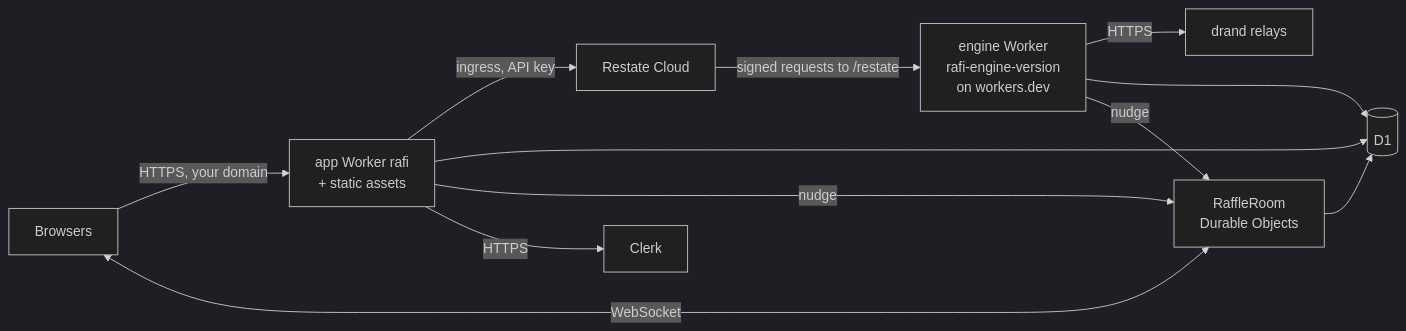
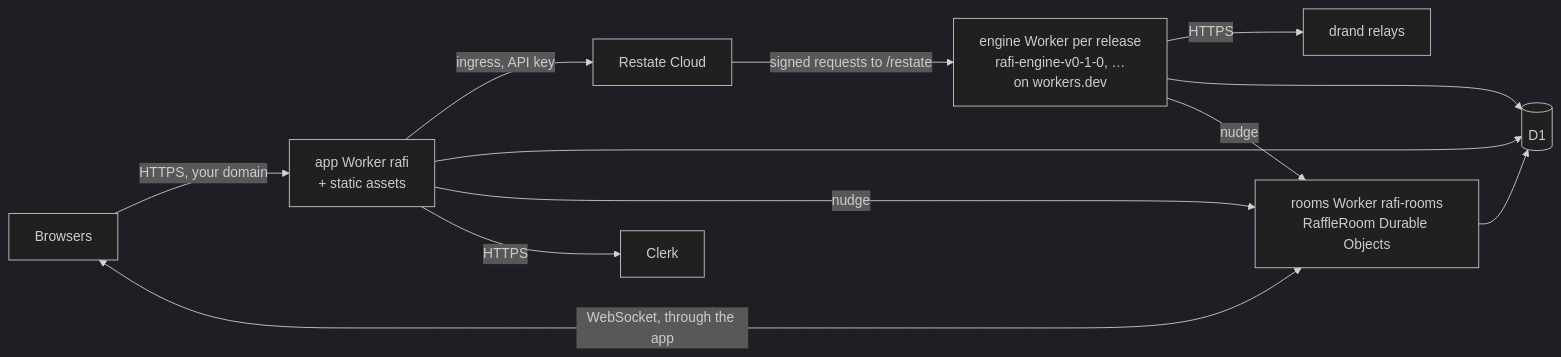
One commit to sagikazarmark/rafi.orig changed the second of 2 diagrams in docs/operations/overview.md. Above: the diagram before and after it, drawn with Mermaid (dark theme). The commit also changed other lines of this file and 15 other files, not shown here.

````diff
--- a/docs/operations/overview.md
+++ b/docs/operations/overview.md
@@ -43,14 +43,14 @@
 ```mermaid
 flowchart LR
     users[Browsers] -->|HTTPS, your domain| app[app Worker rafi<br/>+ static assets]
-    users <-->|WebSocket| room[RaffleRoom<br/>Durable Objects]
+    users <-->|WebSocket, through the app| room[rooms Worker rafi-rooms<br/>RaffleRoom Durable Objects]
     app -->|ingress, API key| rc[Restate Cloud]
-    rc -->|signed requests to /restate| engine[engine Worker<br/>rafi-engine-version<br/>on workers.dev]
+    rc -->|signed requests to /restate| engine[engine Worker per release<br/>rafi-engine-v0-1-0, …<br/>on workers.dev]
     engine -->|HTTPS| drand[drand relays]
     app --> d1[(D1)]
     engine --> d1
     room --> d1
     app -->|nudge| room
     engine -->|nudge| room
     app -->|HTTPS| clerk[Clerk]
 ```
````
